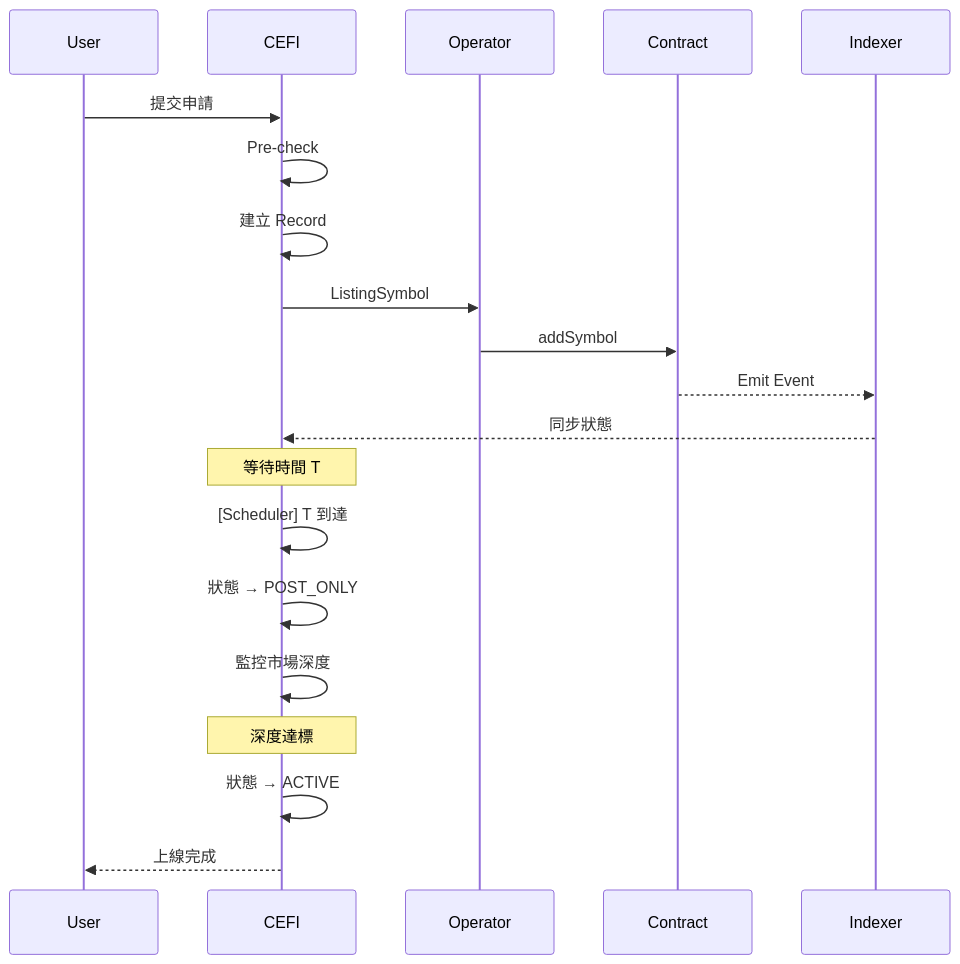
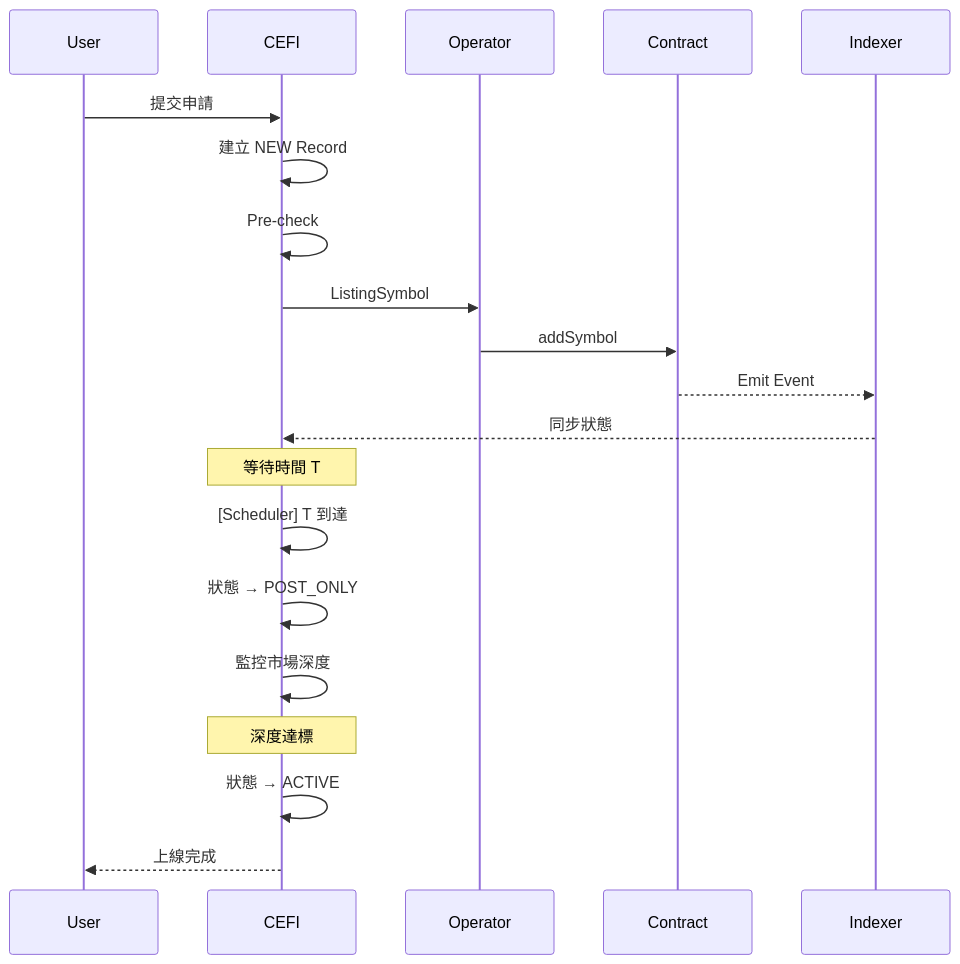
Before and after one commit to arthur-orderly/permissionless-listing: the second of 2 diagrams in Permissionless Listing - Chinese.md, drawn with Mermaid. The commit also changed other lines of this file and 1 other file, not shown here.

````diff
--- a/Permissionless Listing - Chinese.md
+++ b/Permissionless Listing - Chinese.md
@@ -181,27 +182,27 @@
 ```mermaid
 sequenceDiagram
     participant User
     participant CEFI
     participant Operator
     participant Contract
     participant Indexer
 
     User->>CEFI: 提交申請
+    CEFI->>CEFI: 建立 NEW Record
     CEFI->>CEFI: Pre-check
-    CEFI->>CEFI: 建立 Record
     CEFI->>Operator: ListingSymbol
     Operator->>Contract: addSymbol
     Contract-->>Indexer: Emit Event
     Indexer-->>CEFI: 同步狀態
 
     Note over CEFI: 等待時間 T
 
     CEFI->>CEFI: [Scheduler] T 到達
     CEFI->>CEFI: 狀態 → POST_ONLY
     CEFI->>CEFI: 監控市場深度
 
     Note over CEFI: 深度達標
 
     CEFI->>CEFI: 狀態 → ACTIVE
     CEFI-->>User: 上線完成
 ```
````
